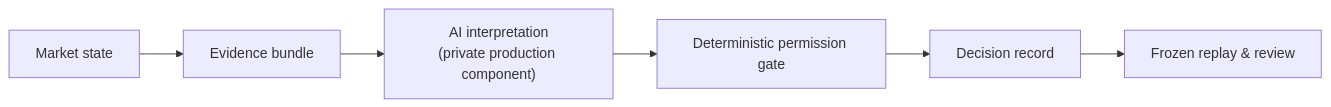
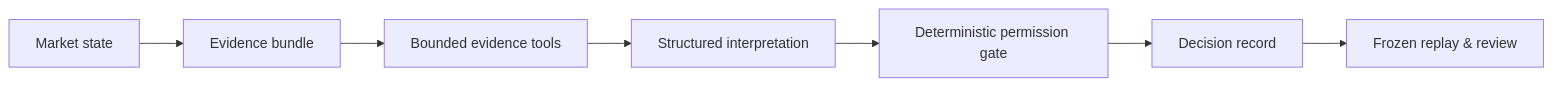
Before and after one commit to Chengnanyaowang/LiquidityEngine-Research: the diagram in README.md, drawn with Mermaid. The commit also changed other lines of this file and 22 other files, not shown here.

````diff
--- a/README.md
+++ b/README.md
@@ -22,8 +24,9 @@
 ```mermaid
 flowchart LR
     A["Market state"] --> B["Evidence bundle"]
-    B --> C["AI interpretation\n(private production component)"]
-    C --> D["Deterministic permission gate"]
-    D --> E["Decision record"]
-    E --> F["Frozen replay & review"]
+    B --> C["Bounded evidence tools"]
+    C --> D["Structured interpretation"]
+    D --> E["Deterministic permission gate"]
+    E --> F["Decision record"]
+    F --> G["Frozen replay & review"]
 ```
````
